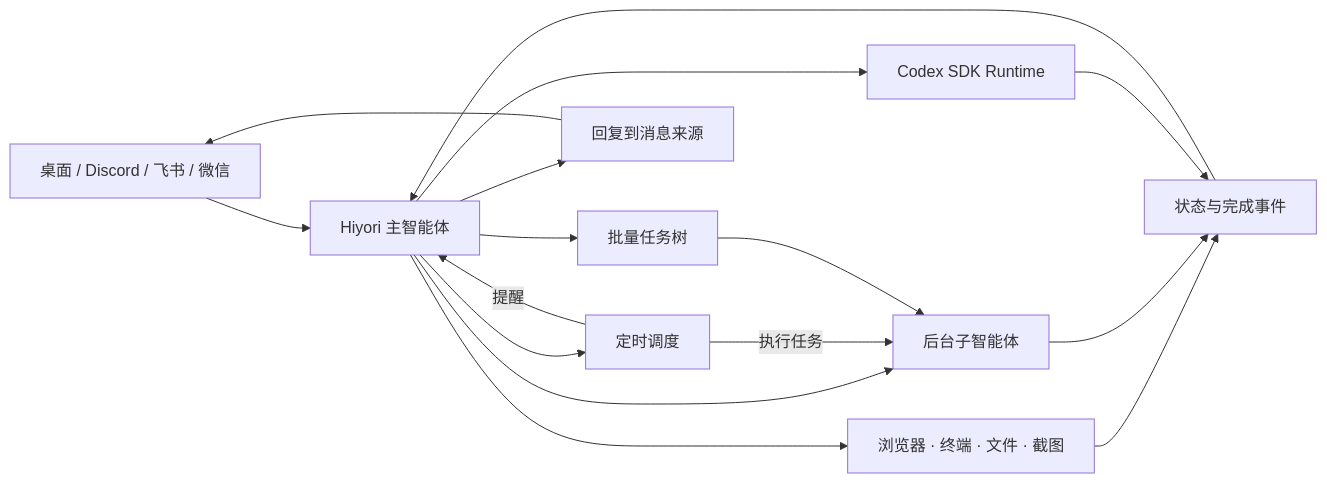
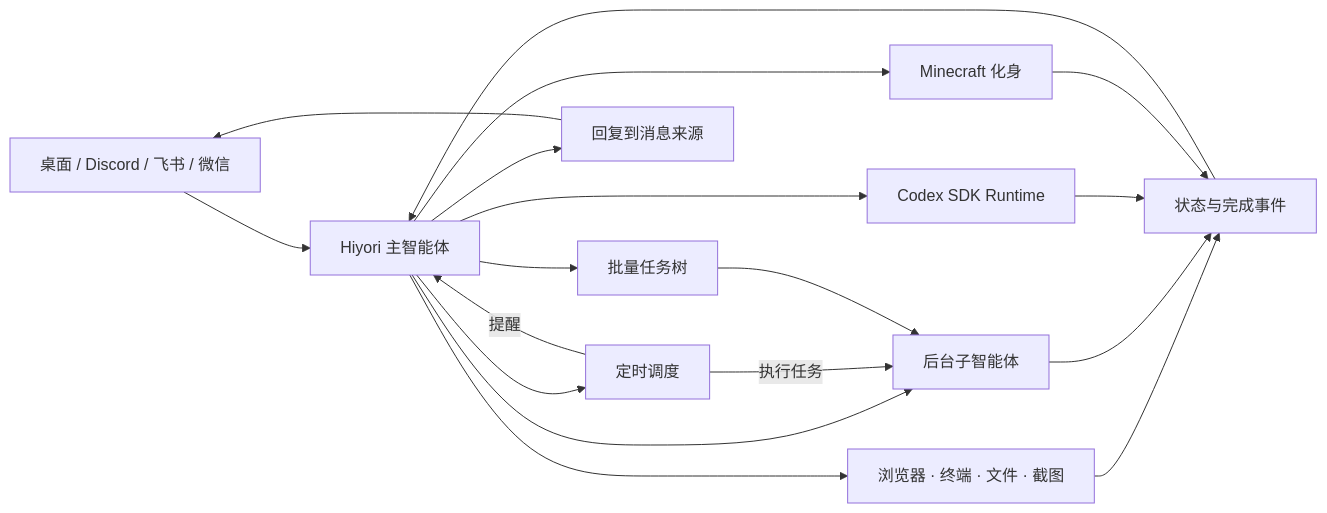
One commit to luckui/HiyoriAI changed the diagram in README.md. Above: the diagram before and after it, drawn with Mermaid. The commit also changed other lines of this file and 1 other file, not shown here.

Commit message:
docs: add Minecraft companion module intro and demo cover

````diff
--- a/README.md
+++ b/README.md
@@ -136,21 +158,23 @@
 ```mermaid
 flowchart LR
     User["桌面 / Discord / 飞书 / 微信"] --> Hiyori["Hiyori 主智能体"]
 
     Hiyori --> Tools["浏览器 · 终端 · 文件 · 截图"]
     Hiyori --> Scheduler["定时调度"]
     Hiyori --> Child["后台子智能体"]
     Hiyori --> Batch["批量任务树"]
     Hiyori --> Codex["Codex SDK Runtime"]
+    Hiyori --> MC["Minecraft 化身"]
 
     Scheduler -->|提醒| Hiyori
     Scheduler -->|执行任务| Child
     Batch --> Child
 
     Tools --> Events["状态与完成事件"]
     Child --> Events
     Codex --> Events
+    MC --> Events
     Events --> Hiyori
     Hiyori --> Route["回复到消息来源"]
     Route --> User
 ```
````
